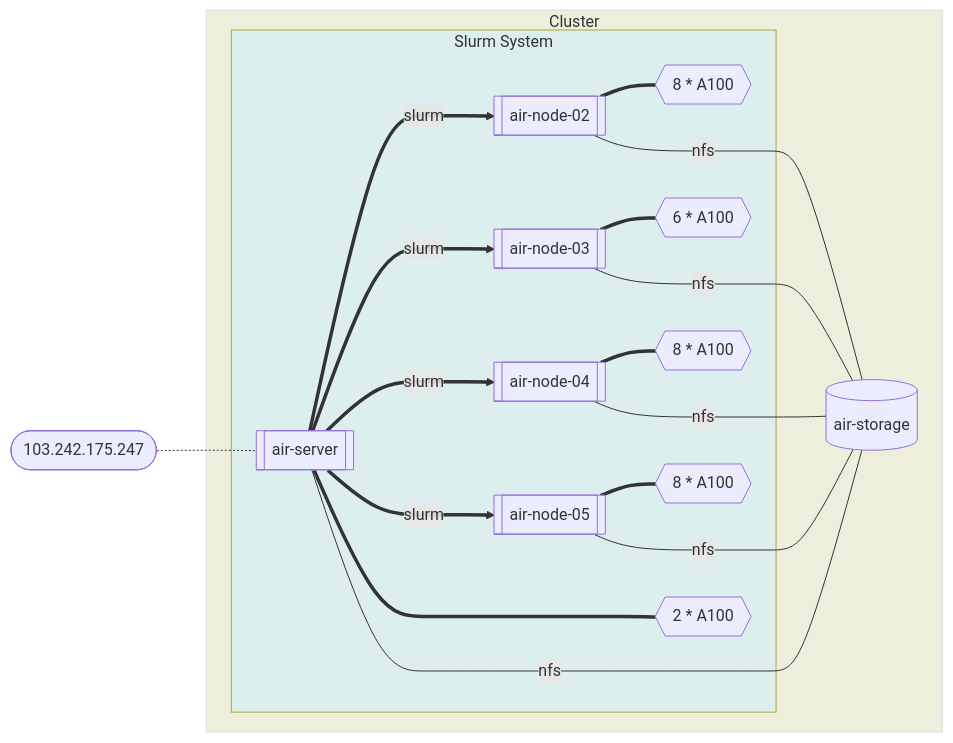
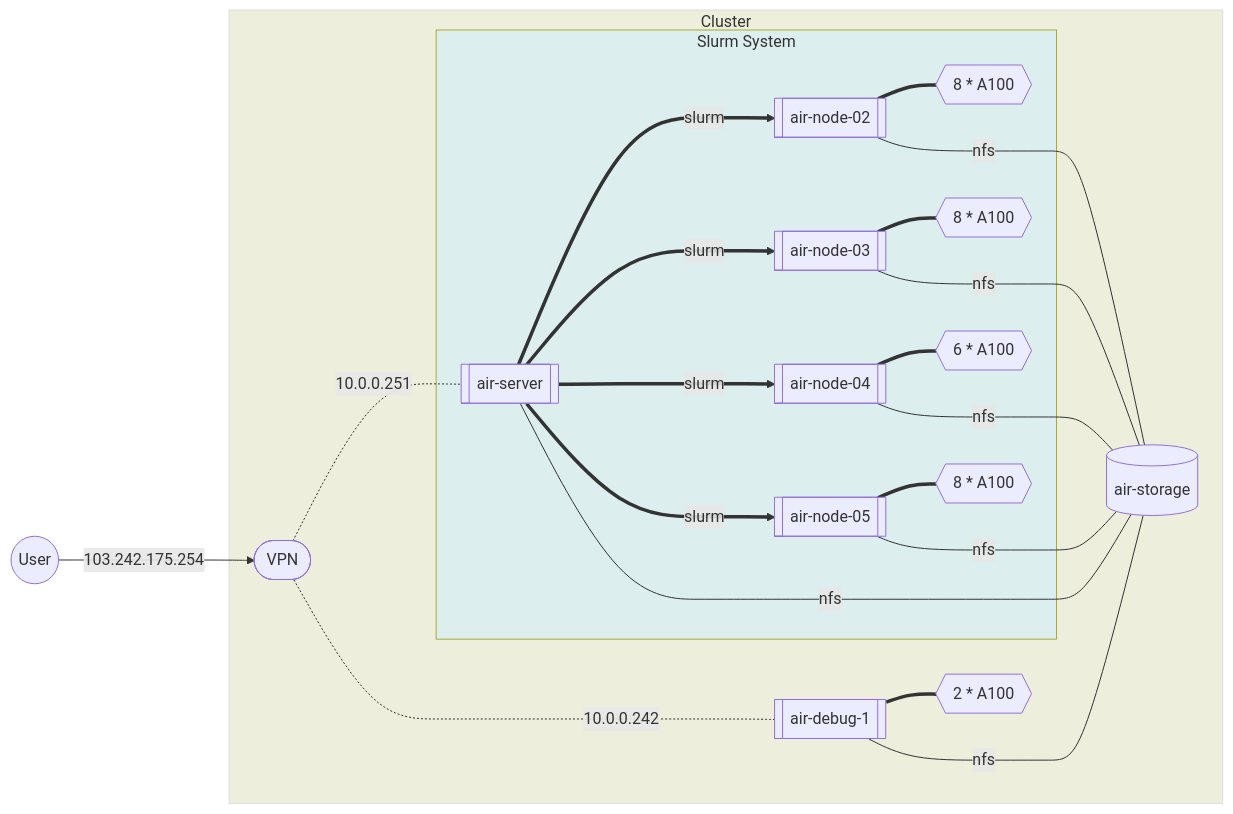
Before and after one commit to Co1lin/AIR-Server-Doc: the diagram in docs/backup.md, drawn with Mermaid. The commit also changed 5 other files, not shown here.

````diff
--- a/docs/backup.md
+++ b/docs/backup.md
@@ -1,40 +1,47 @@
 ```mermaid
 graph LR;
 classDef className fill:#f9f,stroke:#333,stroke-width:4px;
 	subgraph sA[Cluster];
         A[[air-server]];
         B[[air-node-02]];
         C[[air-node-03]];
         D[[air-node-04]];
         D1[[air-node-05]];
         E[(air-storage)];
+        Z[[air-debug-1]];
         G{{2 * A100}};
         H{{8 * A100}};
-        I{{6 * A100}};
-        J{{8 * A100}};
+        I{{8 * A100}};
+        J{{6 * A100}};
         J1{{8 * A100}};
 
         subgraph sB[Slurm System]
             A===>|slurm|B;
             A==>|slurm|C;
             A==>|slurm|D;
             A==>|slurm|D1;
-            A=====G;
+
             B===H;
             C===I;
             D===J;
             D1===J1;
         end
         A----|nfs|E;
         B----|nfs|E;
         C----|nfs|E;
         D----|nfs|E;
         D1----|nfs|E;
 
-    end
-    F([103.242.175.247]);
 
-    F-.-A;
+
+    F([VPN]);
+    Z===G;
+    Z----|nfs|E;
+    F-.-|10.0.0.251|A;
+    F-.-|10.0.0.242|Z;
+	end
+	T((User));
+	T-->|103.242.175.254|F;
     style sA fill:#EED,stroke:#DDD;
     style sB fill:#DEE;
 ```
````
